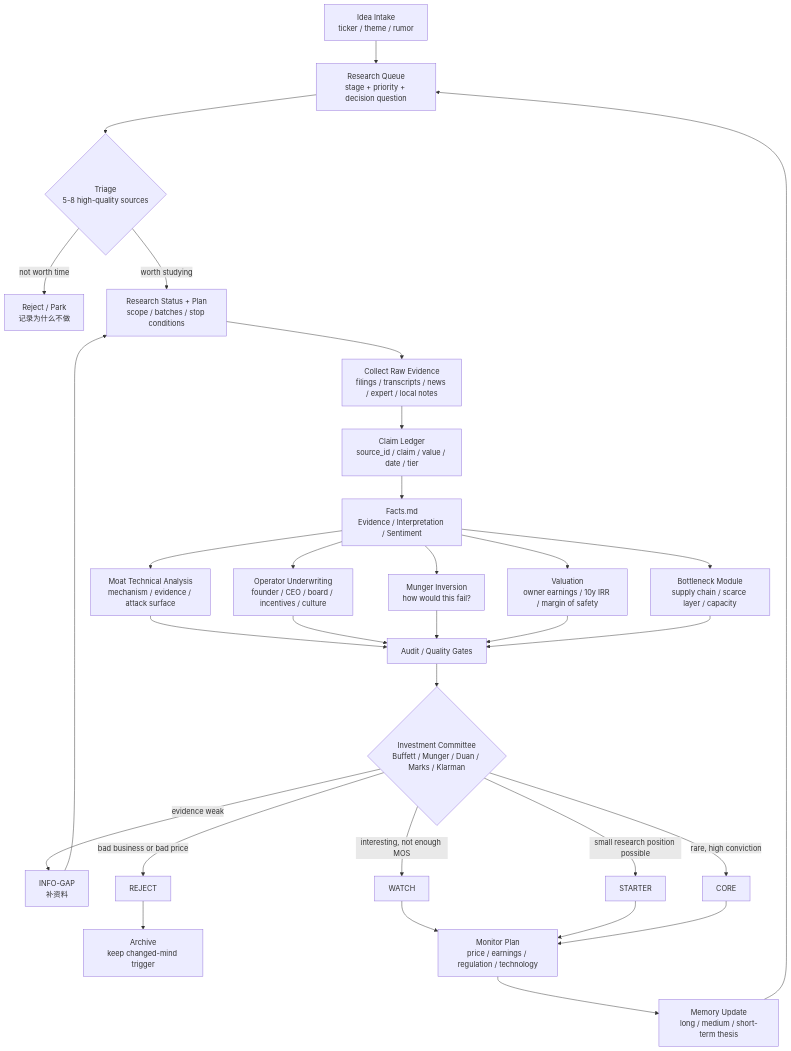
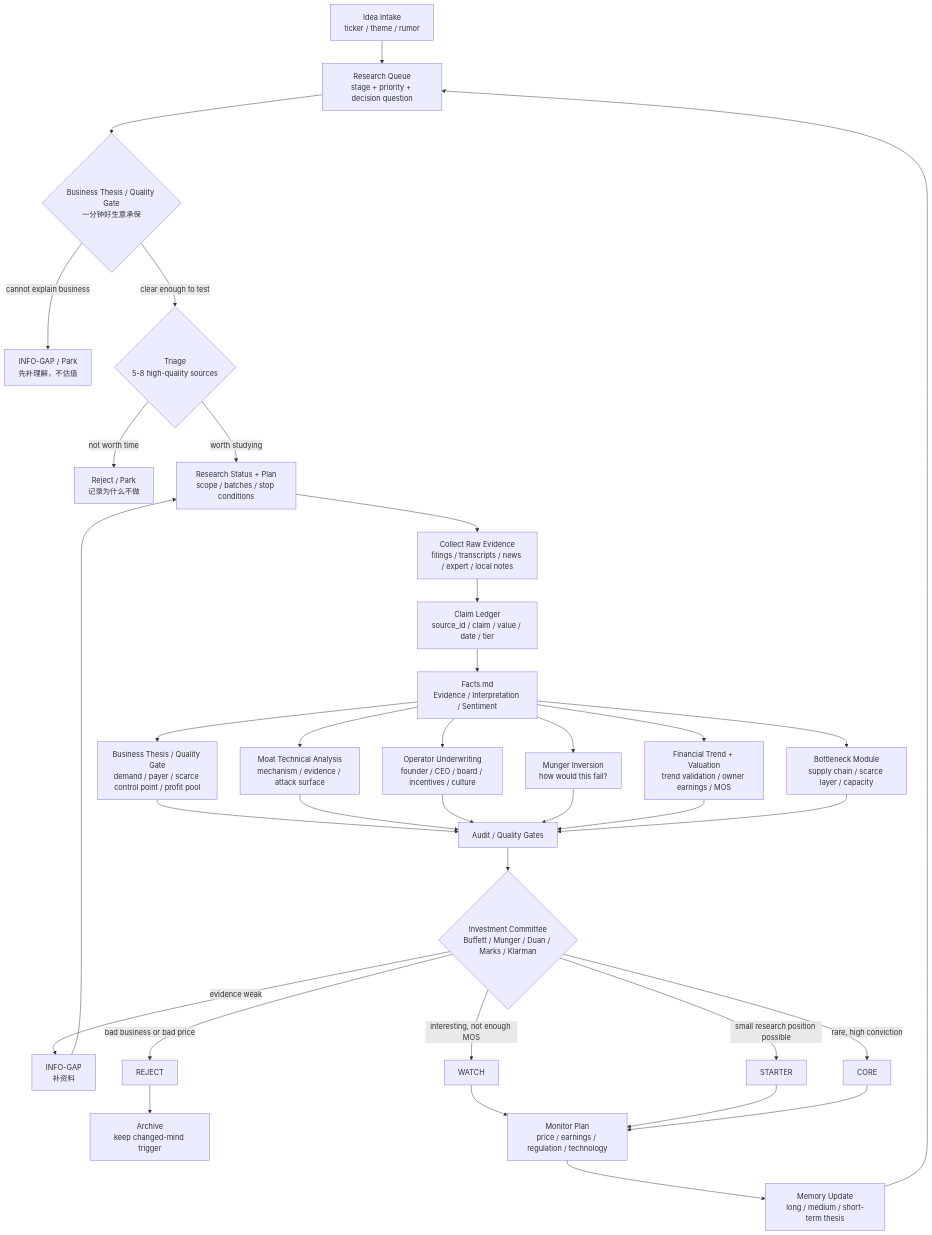
Before and after one commit to Nickcp39/investment_yanda: the first of 2 diagrams in frameworks/research_os_flowchart.md, drawn with Mermaid. The commit also changed other lines of this file and 41 other files, not shown here.

````diff
--- a/frameworks/research_os_flowchart.md
+++ b/frameworks/research_os_flowchart.md
@@ -7,38 +7,42 @@
 ```mermaid
 flowchart TD
   A["Idea Intake<br/>ticker / theme / rumor"] --> B["Research Queue<br/>stage + priority + decision question"]
-  B --> C{"Triage<br/>5-8 high-quality sources"}
+  B --> Q{"Business Thesis / Quality Gate<br/>一分钟好生意承保"}
+  Q -->|cannot explain business| R0["INFO-GAP / Park<br/>先补理解，不估值"]
+  Q -->|clear enough to test| C{"Triage<br/>5-8 high-quality sources"}
   C -->|not worth time| R["Reject / Park<br/>记录为什么不做"]
   C -->|worth studying| D["Research Status + Plan<br/>scope / batches / stop conditions"]
 
   D --> E["Collect Raw Evidence<br/>filings / transcripts / news / expert / local notes"]
   E --> F["Claim Ledger<br/>source_id / claim / value / date / tier"]
   F --> G["Facts.md<br/>Evidence / Interpretation / Sentiment"]
 
+  G --> H0["Business Thesis / Quality Gate<br/>demand / payer / scarce control point / profit pool"]
   G --> H1["Moat Technical Analysis<br/>mechanism / evidence / attack surface"]
   G --> H2["Operator Underwriting<br/>founder / CEO / board / incentives / culture"]
   G --> H3["Munger Inversion<br/>how would this fail?"]
-  G --> H4["Valuation<br/>owner earnings / 10y IRR / margin of safety"]
+  G --> H4["Financial Trend + Valuation<br/>trend validation / owner earnings / MOS"]
   G --> H5["Bottleneck Module<br/>supply chain / scarce layer / capacity"]
 
-  H1 --> I["Audit / Quality Gates"]
+  H0 --> I["Audit / Quality Gates"]
+  H1 --> I
   H2 --> I
   H3 --> I
   H4 --> I
   H5 --> I
 
   I --> J{"Investment Committee<br/>Buffett / Munger / Duan / Marks / Klarman"}
   J -->|evidence weak| K1["INFO-GAP<br/>补资料"]
   J -->|bad business or bad price| K2["REJECT"]
   J -->|interesting, not enough MOS| K3["WATCH"]
   J -->|small research position possible| K4["STARTER"]
   J -->|rare, high conviction| K5["CORE"]
 
   K1 --> D
   K2 --> L["Archive<br/>keep changed-mind trigger"]
   K3 --> M["Monitor Plan<br/>price / earnings / regulation / technology"]
   K4 --> M
   K5 --> M
   M --> N["Memory Update<br/>long / medium / short-term thesis"]
   N --> B
 ```
````
